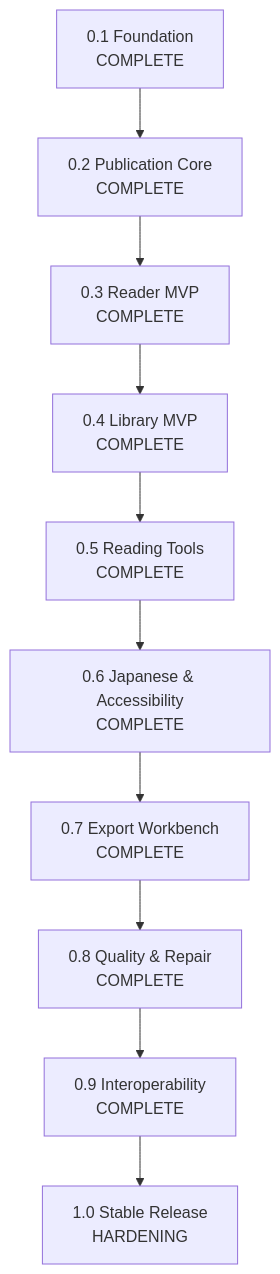
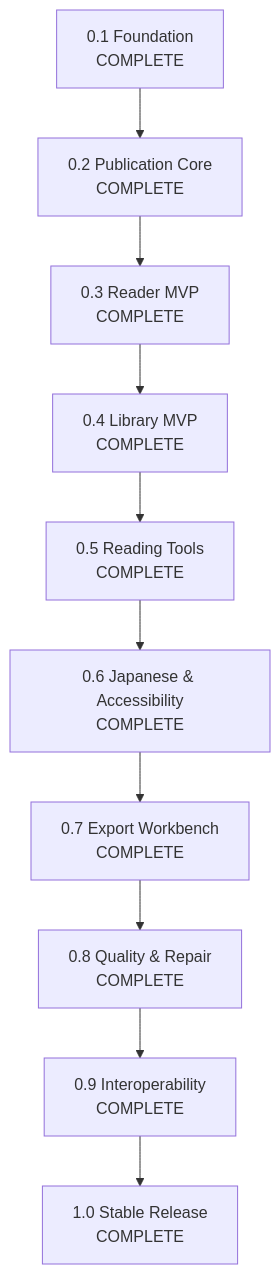
Before and after one commit to bosatsu25/ReflowPress: the diagram in docs/roadmap.md, drawn with Mermaid. The commit also changed other lines of this file and 4 other files, not shown here.

````diff
--- a/docs/roadmap.md
+++ b/docs/roadmap.md
@@ -14,12 +14,12 @@
 ```mermaid
 flowchart TD
     M01[0.1 Foundation<br/>COMPLETE] --> M02[0.2 Publication Core<br/>COMPLETE]
     M02 --> M03[0.3 Reader MVP<br/>COMPLETE]
     M03 --> M04[0.4 Library MVP<br/>COMPLETE]
     M04 --> M05[0.5 Reading Tools<br/>COMPLETE]
     M05 --> M06[0.6 Japanese & Accessibility<br/>COMPLETE]
     M06 --> M07[0.7 Export Workbench<br/>COMPLETE]
     M07 --> M08[0.8 Quality & Repair<br/>COMPLETE]
     M08 --> M09[0.9 Interoperability<br/>COMPLETE]
-    M09 --> M10[1.0 Stable Release<br/>HARDENING]
+    M09 --> M10[1.0 Stable Release<br/>COMPLETE]
 ```
````
